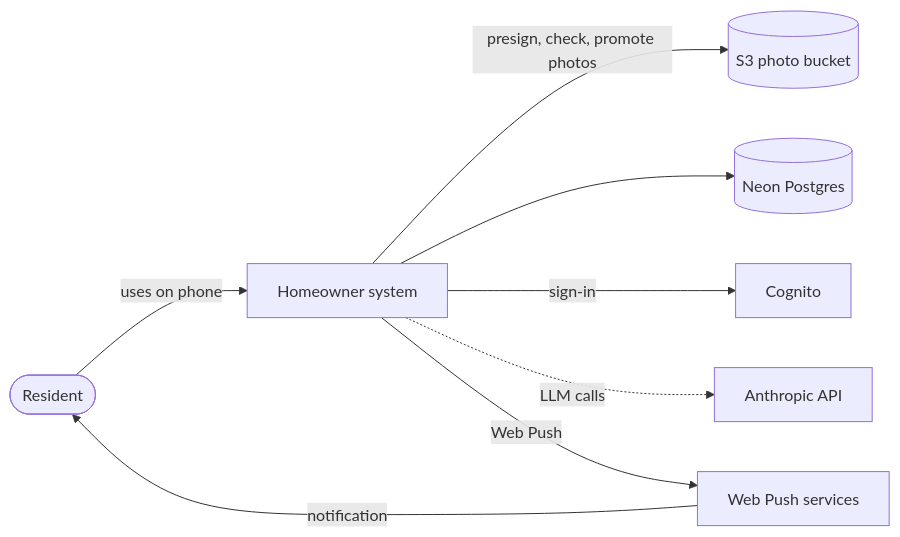
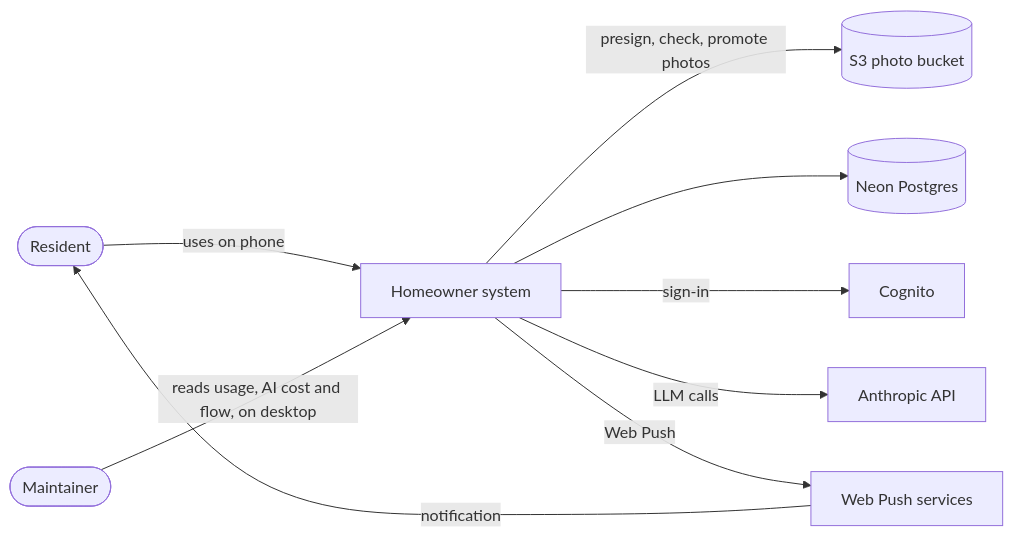
Before and after one commit to AbnerWillclefy/Homeowner: the first of 2 diagrams in docs/architecture/system-context.md, drawn with Mermaid. The commit also changed other lines of this file, not shown here.

Commit message:
docs(architecture): show the maintainer and the admin app as built

````diff
--- a/docs/architecture/system-context.md
+++ b/docs/architecture/system-context.md
@@ -9,18 +9,20 @@
 ```mermaid
 flowchart LR
     R([Resident])
+    MT([Maintainer])
     S[Homeowner system]
     N[(Neon Postgres)]
     C[Cognito]
     A[Anthropic API]
     P[Web Push services]
     B[(S3 photo bucket)]
 
     R -->|uses on phone| S
+    MT -->|"reads usage, AI cost and flow, on desktop"| S
     S -->|presign, check, promote photos| B
     S --> N
     S -->|sign-in| C
-    S -.->|LLM calls| A
+    S -->|LLM calls| A
     S -->|Web Push| P
     P -->|notification| R
 ```
````
